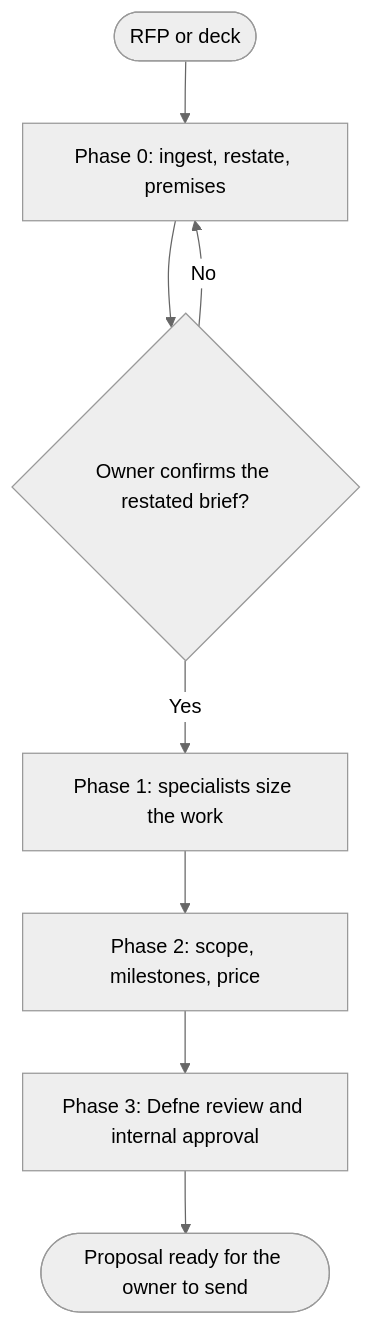
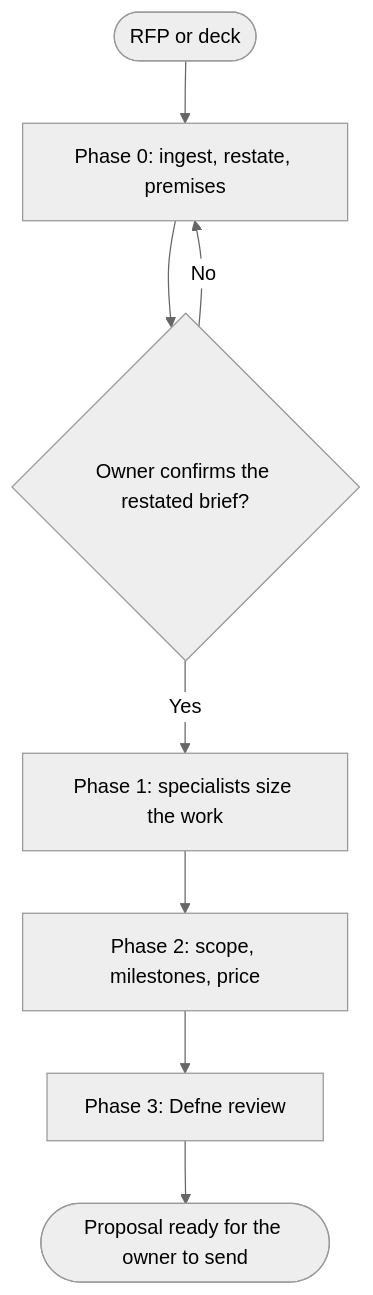
One commit to NeoAnthropocene/agents-united changed the diagram in registry/skills/workflow-agency-client-pitch-proposal/SKILL.md. Above: the diagram before and after it, drawn with Mermaid (neutral theme). The commit also changed other lines of this file and 3 other files, not shown here.

````diff
--- a/registry/skills/workflow-agency-client-pitch-proposal/SKILL.md
+++ b/registry/skills/workflow-agency-client-pitch-proposal/SKILL.md
@@ -25,10 +25,10 @@
 ```mermaid
 graph TD
     R([RFP or deck]) --> P0[Phase 0: ingest, restate, premises]
     P0 --> G0{Owner confirms the restated brief?}
     G0 -->|No| P0
     G0 -->|Yes| P1[Phase 1: specialists size the work]
     P1 --> P2[Phase 2: scope, milestones, price]
-    P2 --> P3[Phase 3: Defne review and internal approval]
+    P2 --> P3[Phase 3: Defne review]
     P3 --> Done([Proposal ready for the owner to send])
 ```
````
